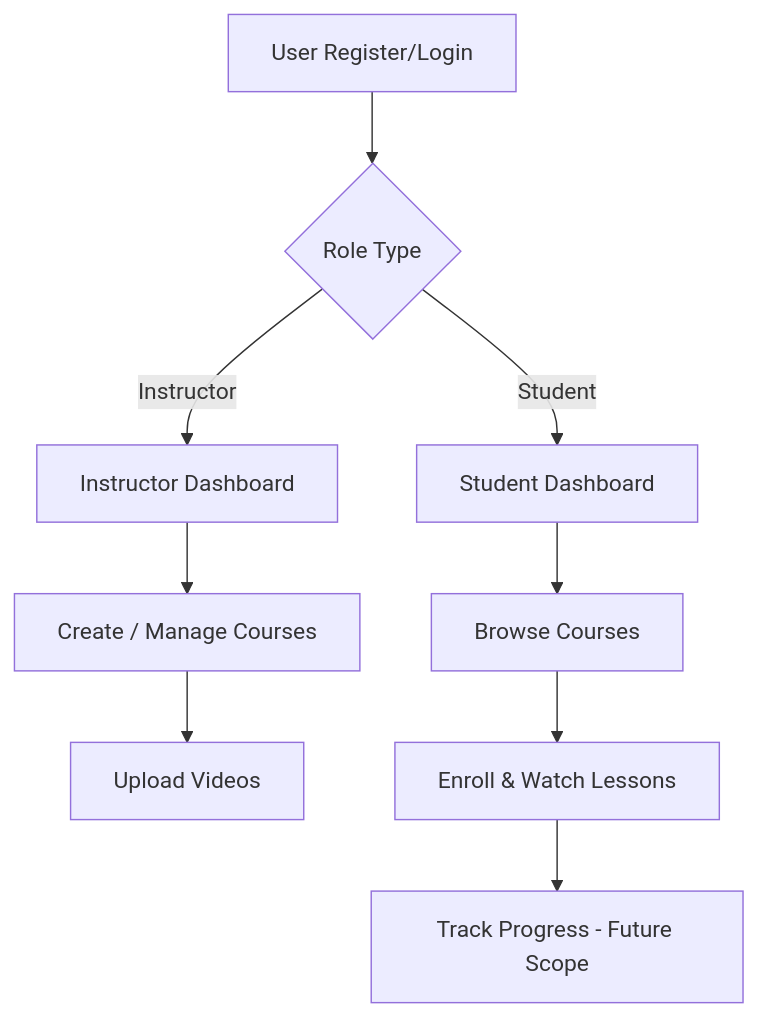
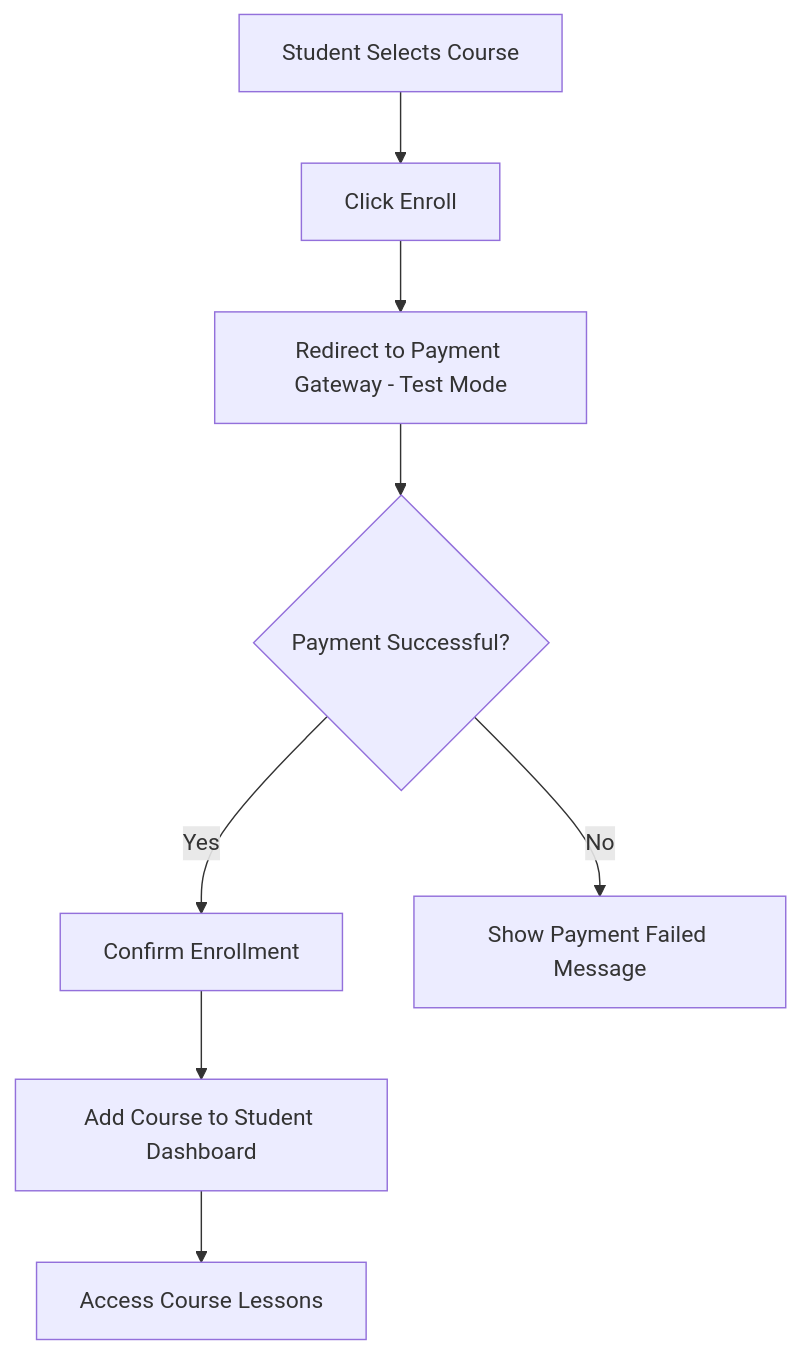
The third of 5 diagrams in docs/functional.md (divyanshdj/learnx-docs), drawn with Mermaid before and after one commit. The commit also changed other lines of this file and 4 other files, not shown here.

Commit message:
docs: update schema, functional docs, and technical docs

````diff
--- a/docs/functional.md
+++ b/docs/functional.md
@@ -24,11 +54,10 @@
 ```mermaid
 flowchart TD
-    A[User Register/Login] --> B{Role Type}
-    B -->|Instructor| C[Instructor Dashboard]
-    B -->|Student| D[Student Dashboard]
-    C --> E[Create / Manage Courses]
-    E --> F[Upload Videos]
-    D --> G[Browse Courses]
-    G --> H[Enroll & Watch Lessons]
-    H --> I[Track Progress - Future Scope]
+    A[Student Selects Course] --> B[Click Enroll]
+    B --> C[Redirect to Payment Gateway - Test Mode]
+    C --> D{Payment Successful?}
+    D -->|Yes| E[Confirm Enrollment]
+    D -->|No| F[Show Payment Failed Message]
+    E --> G[Add Course to Student Dashboard]
+    G --> H[Access Course Lessons]
 ```
````
